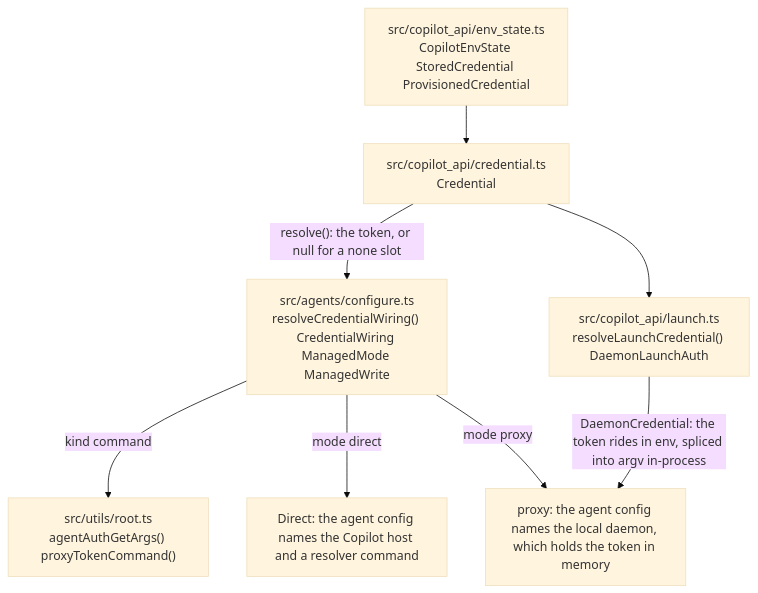
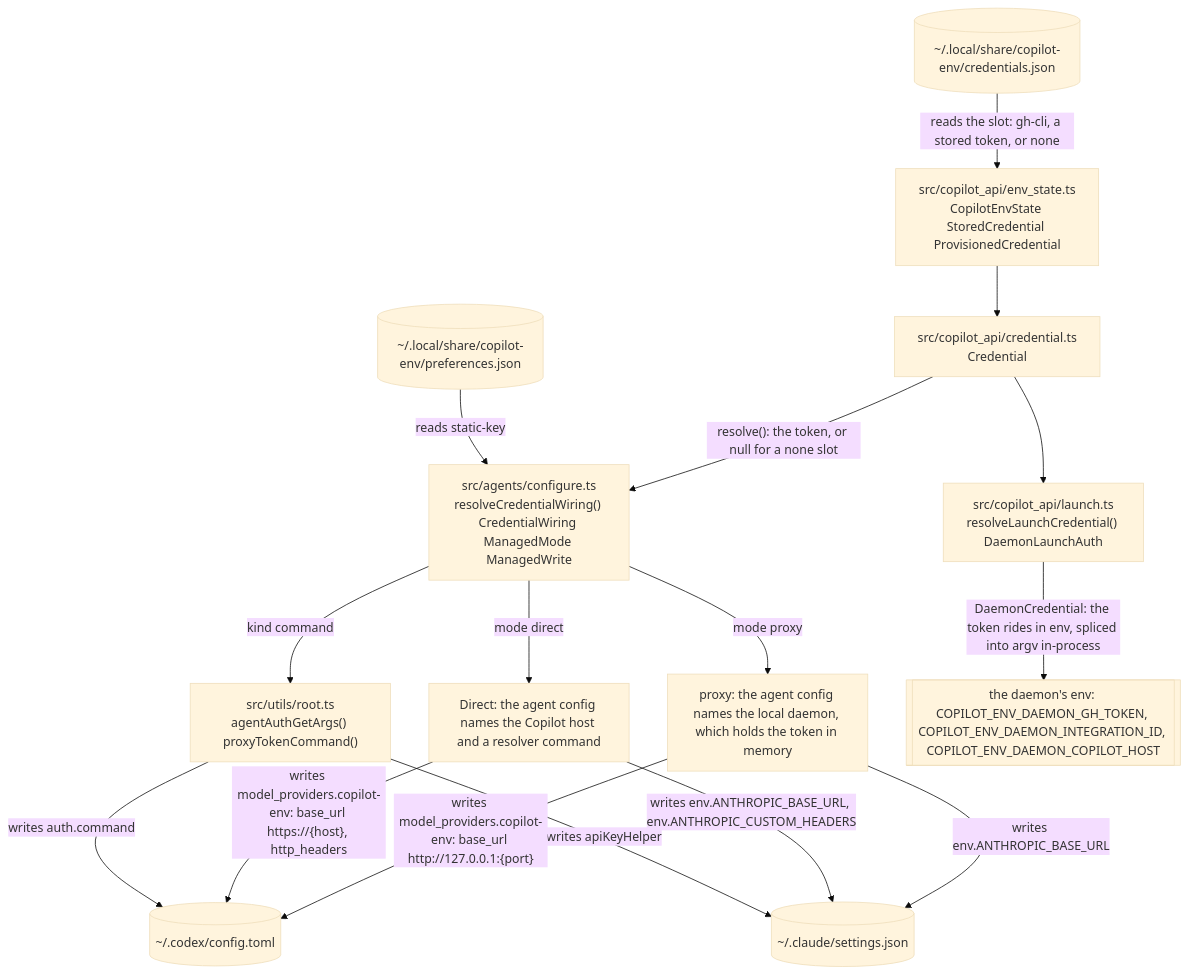
One commit to Vivswan/copilot-env changed the first of 8 diagrams in docs/architecture.md. Above: the diagram before and after it, drawn with Mermaid (base theme). The commit also changed other lines of this file and 7 other files, not shown here.

Commit message:
docs: start every architecture diagram at what it reads and end at what it writes; group the site sidebar

````diff
--- a/docs/architecture.md
+++ b/docs/architecture.md
@@ -7,17 +15,30 @@
 ```mermaid
 flowchart TD
+  credfile[("~/.local/share/copilot-env/credentials.json")]
+  prefs[("~/.local/share/copilot-env/preferences.json")]
   store["src/copilot_api/env_state.ts<br>CopilotEnvState StoredCredential ProvisionedCredential"]
   cred["src/copilot_api/credential.ts<br>Credential"]
   wiring["src/agents/configure.ts<br>resolveCredentialWiring() CredentialWiring ManagedMode ManagedWrite"]
   resolver["src/utils/root.ts<br>agentAuthGetArgs() proxyTokenCommand()"]
   direct["Direct: the agent config names the Copilot host and a resolver command"]
   proxy["proxy: the agent config names the local daemon, which holds the token in memory"]
   daemon["src/copilot_api/launch.ts<br>resolveLaunchCredential() DaemonLaunchAuth"]
+  codexfile[("~/.codex/config.toml")]
+  claudefile[("~/.claude/settings.json")]
+  daemonenv[["the daemon's env: COPILOT_ENV_DAEMON_GH_TOKEN, COPILOT_ENV_DAEMON_INTEGRATION_ID, COPILOT_ENV_DAEMON_COPILOT_HOST"]]
+  credfile -->|"reads the slot: gh-cli, a stored token, or none"| store
+  prefs -->|"reads static-key"| wiring
   store --> cred
   cred -->|"resolve(): the token, or null for a none slot"| wiring
   wiring -->|"kind command"| resolver
   wiring -->|"mode direct"| direct
   wiring -->|"mode proxy"| proxy
+  resolver -->|"writes auth.command"| codexfile
+  resolver -->|"writes apiKeyHelper"| claudefile
+  direct -->|"writes model_providers.copilot-env: base_url https://{host}, http_headers"| codexfile
+  direct -->|"writes env.ANTHROPIC_BASE_URL, env.ANTHROPIC_CUSTOM_HEADERS"| claudefile
+  proxy -->|"writes model_providers.copilot-env: base_url http://127.0.0.1:{port}"| codexfile
+  proxy -->|"writes env.ANTHROPIC_BASE_URL"| claudefile
   cred --> daemon
-  daemon -->|"DaemonCredential: the token rides in env, spliced into argv in-process"| proxy
+  daemon -->|"DaemonCredential: the token rides in env, spliced into argv in-process"| daemonenv
 ```
````
